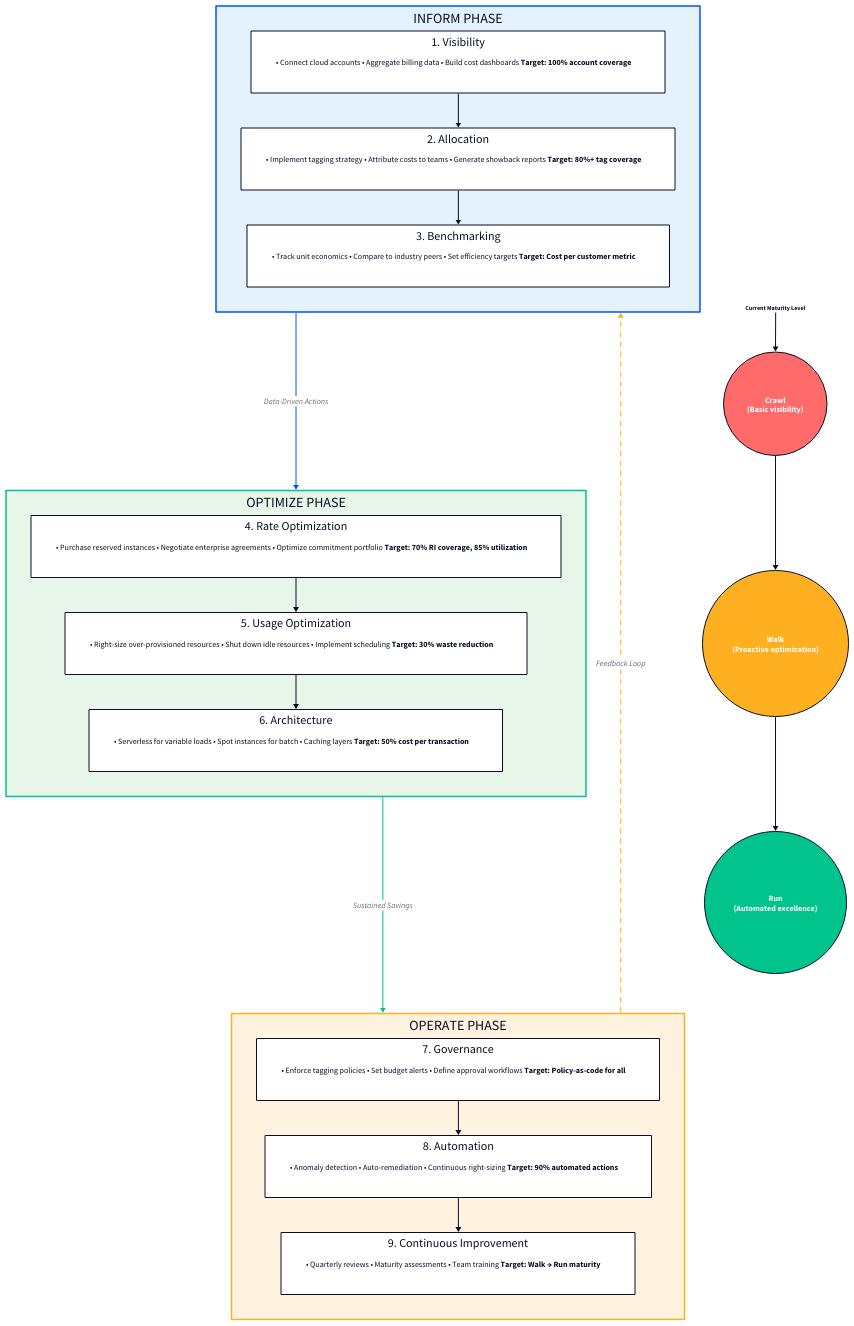
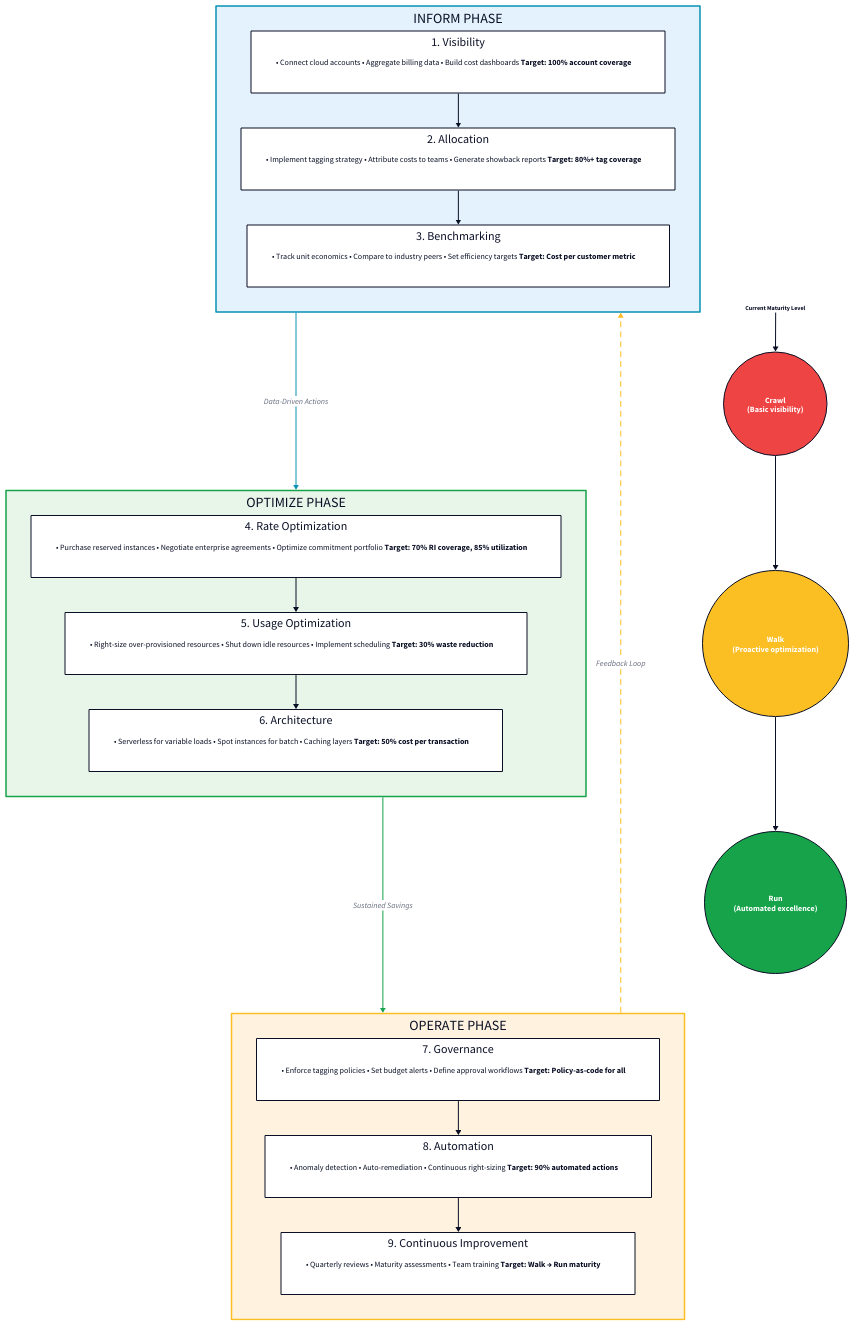
The second of 6 diagrams in docs/D2_TEMPLATE_LIBRARY.md (muskanbandta23/zopebooks), drawn with D2 before and after one commit. The commit also changed other lines of this file and 53 other files, not shown here.

```diff
--- a/docs/D2_TEMPLATE_LIBRARY.md
+++ b/docs/D2_TEMPLATE_LIBRARY.md
@@ -180,7 +180,7 @@
 inform_phase: INFORM PHASE {
   shape: rectangle
   style.fill: "#e3f2fd"
-  style.stroke: "#0052FF"
+  style.stroke: "#0891b2"
   style.stroke-width: 3
   
   visibility: 1. Visibility {
@@ -226,7 +226,7 @@
 optimize_phase: OPTIMIZE PHASE {
   shape: rectangle
   style.fill: "#e8f5e9"
-  style.stroke: "#00C48C"
+  style.stroke: "#16a34a"
   style.stroke-width: 3
   
   rate: 4. Rate Optimization {
@@ -272,7 +272,7 @@
 operate_phase: OPERATE PHASE {
   shape: rectangle
   style.fill: "#fff3e0"
-  style.stroke: "#FFB020"
+  style.stroke: "#fbbf24"
   style.stroke-width: 3
   
   governance: 7. Governance {
@@ -316,17 +316,17 @@
 
 # Flow between phases
 inform_phase -> optimize_phase: Data-Driven Actions {
-  style.stroke: "#0052FF"
+  style.stroke: "#0891b2"
   style.stroke-width: 2
 }
 
 optimize_phase -> operate_phase: Sustained Savings {
-  style.stroke: "#00C48C"
+  style.stroke: "#16a34a"
   style.stroke-width: 2
 }
 
 operate_phase -> inform_phase: Feedback Loop {
-  style.stroke: "#FFB020"
+  style.stroke: "#fbbf24"
   style.stroke-width: 2
   style.stroke-dash: 5
 }
@@ -340,19 +340,19 @@
 
 crawl: Crawl\n(Basic visibility) {
   shape: circle
-  style.fill: "#FF6B6B"
+  style.fill: "#ef4444"
   style.font-color: "#ffffff"
 }
 
 walk: Walk\n(Proactive optimization) {
   shape: circle
-  style.fill: "#FFB020"
+  style.fill: "#fbbf24"
   style.font-color: "#ffffff"
 }
 
 run: Run\n(Automated excellence) {
   shape: circle
-  style.fill: "#00C48C"
+  style.fill: "#16a34a"
   style.font-color: "#ffffff"
 }
 
```
